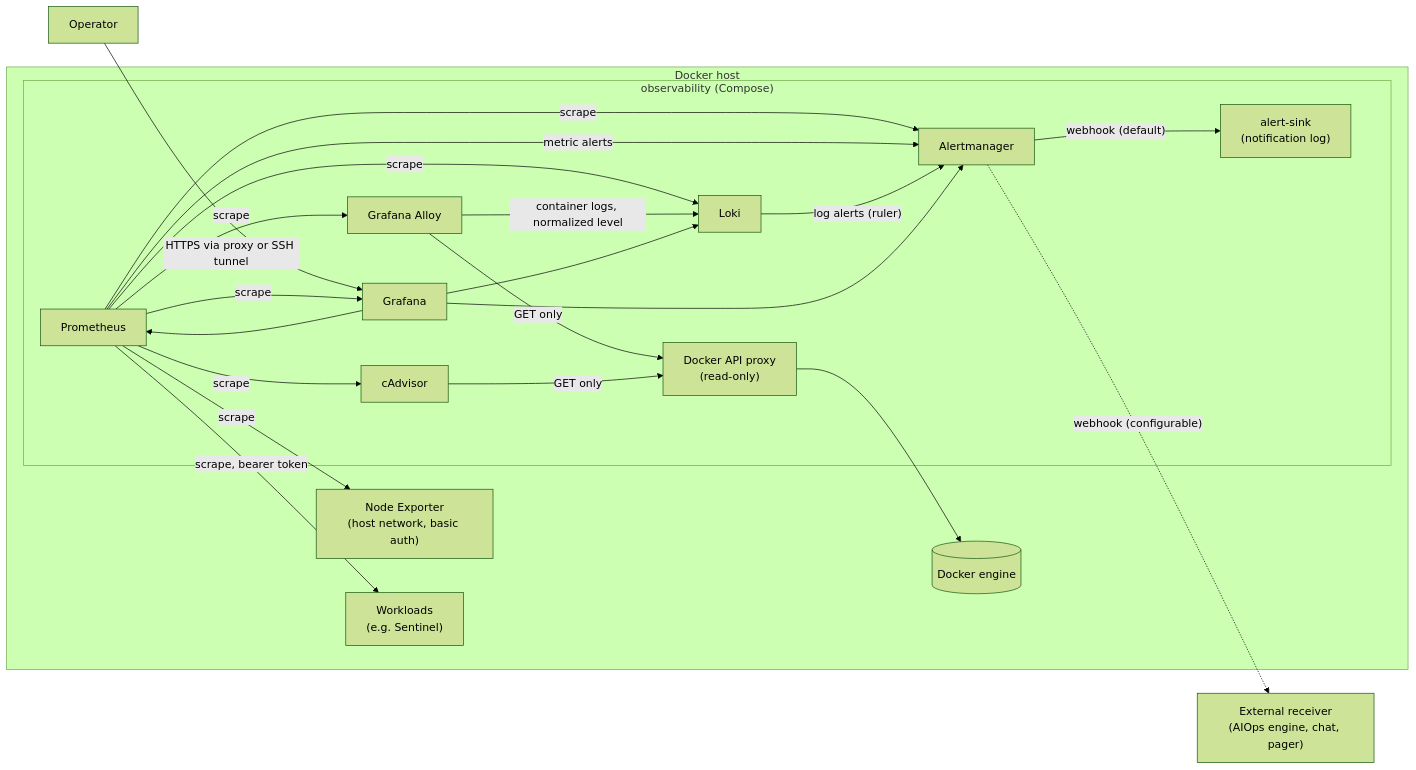
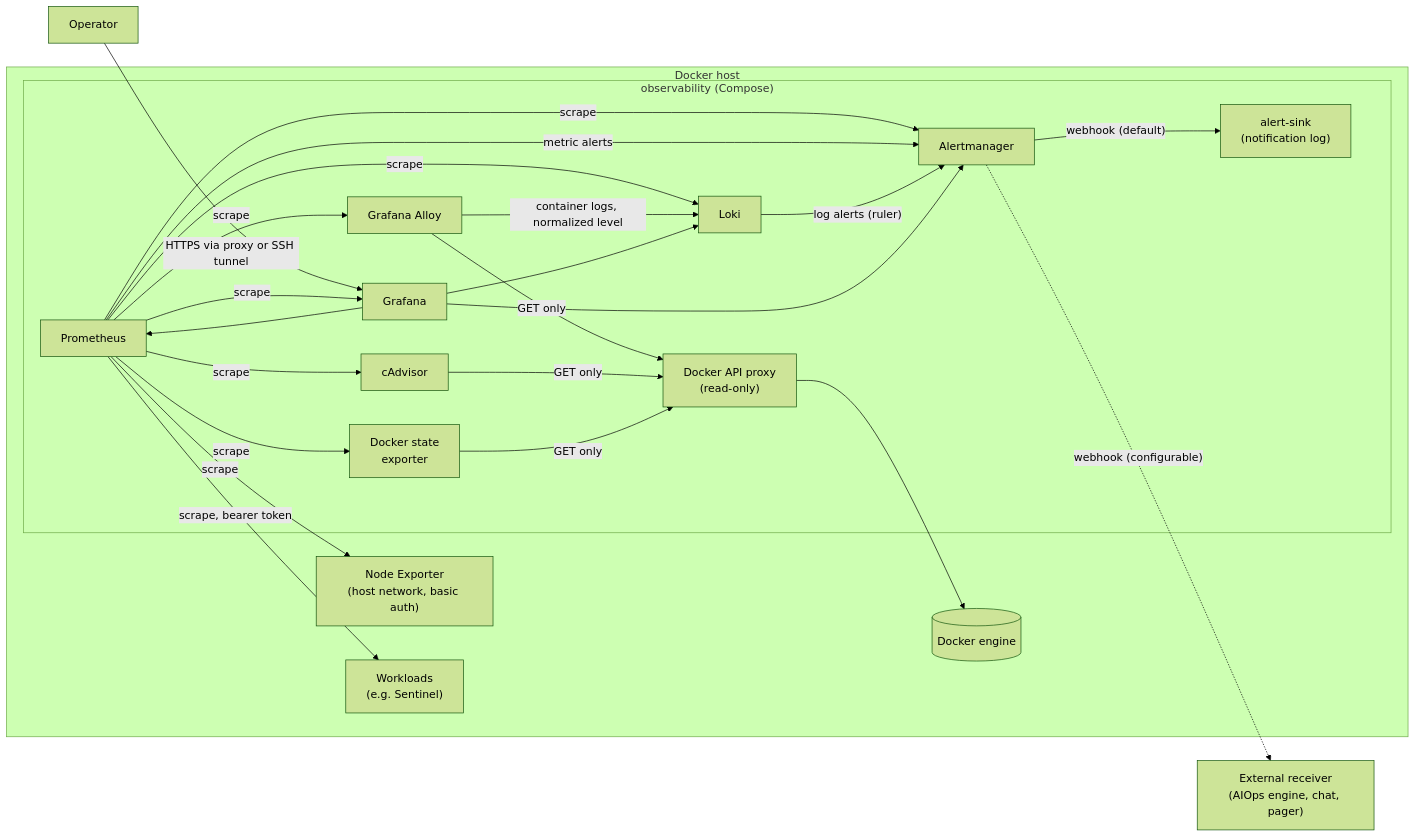
The diagram in README.md (ali-fakhrabadi/cloud-native-observability-iac), drawn with Mermaid (forest theme) before and after one commit. The commit also changed other lines of this file and 29 other files, not shown here.

First line of the commit message:
feat: add Docker state exporter and measured drill results

````diff
--- a/README.md
+++ b/README.md
@@ -18,29 +18,30 @@
 ```mermaid
 flowchart LR
     subgraph host["Docker host"]
         node["Node Exporter<br/>(host network, basic auth)"]
         subgraph stack["observability (Compose)"]
             prom["Prometheus"]
             am["Alertmanager"]
             loki["Loki"]
             alloy["Grafana Alloy"]
             cadv["cAdvisor"]
+            dse["Docker state<br/>exporter"]
             proxy["Docker API proxy<br/>(read-only)"]
             graf["Grafana"]
             sink["alert-sink<br/>(notification log)"]
         end
         docker[("Docker engine")]
         apps["Workloads<br/>(e.g. Sentinel)"]
     end
     receiver["External receiver<br/>(AIOps engine, chat, pager)"]
     user["Operator"] -->|"HTTPS via proxy or SSH tunnel"| graf
-    prom -->|scrape| node & cadv & alloy & loki & am & graf
+    prom -->|scrape| node & cadv & dse & alloy & loki & am & graf
     prom -->|"scrape, bearer token"| apps
     prom -->|"metric alerts"| am
     loki -->|"log alerts (ruler)"| am
     am -->|"webhook (default)"| sink
     am -.->|"webhook (configurable)"| receiver
     alloy -->|"container logs, normalized level"| loki
-    alloy & cadv -->|GET only| proxy --> docker
+    alloy & cadv & dse -->|GET only| proxy --> docker
     graf --> prom & loki & am
 ```
````
